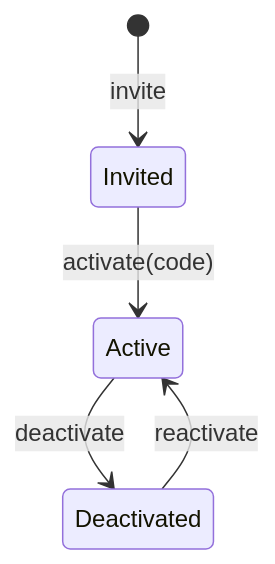
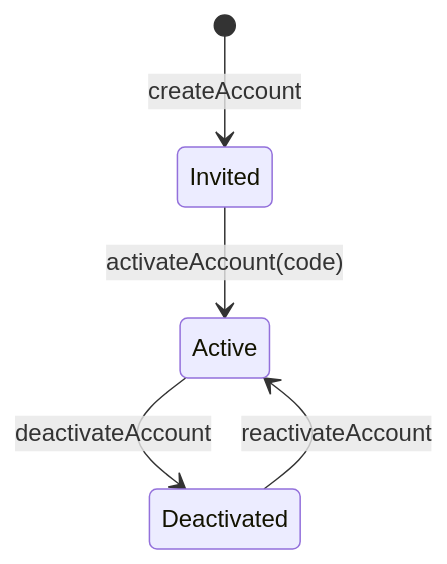
One commit to phibkro/vektorprogrammet-reimagined changed the diagram in docs/system/administration.md. Above: the diagram before and after it, drawn with Mermaid. The commit also changed other lines of this file and 9 other files, not shown here.

````diff
--- a/docs/system/administration.md
+++ b/docs/system/administration.md
@@ -65,7 +65,7 @@
 ```mermaid
 stateDiagram-v2
-  [*] --> Invited : invite
-  Invited --> Active : activate(code)
-  Active --> Deactivated : deactivate
-  Deactivated --> Active : reactivate
+  [*] --> Invited : createAccount
+  Invited --> Active : activateAccount(code)
+  Active --> Deactivated : deactivateAccount
+  Deactivated --> Active : reactivateAccount
 ```
````
